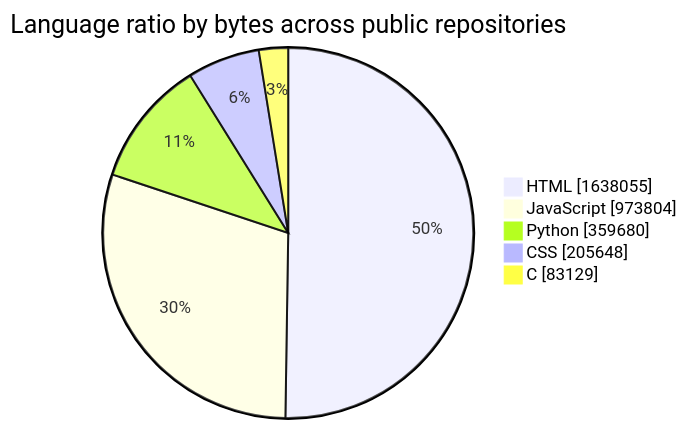
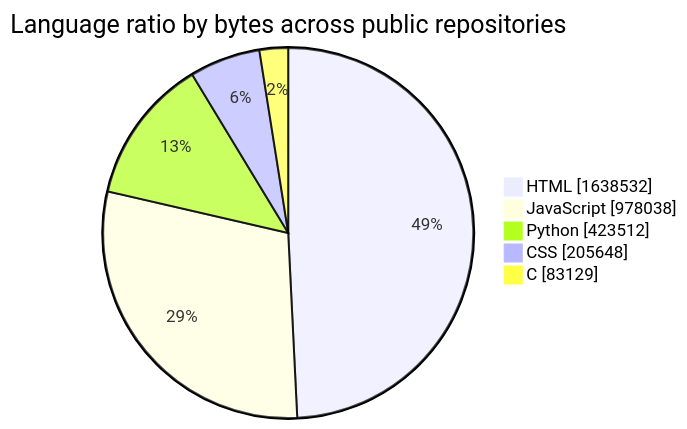
One commit to tchinso/tchinso changed the first of 2 diagrams in README.md. Above: the diagram before and after it, drawn with Mermaid. The commit also changed other lines of this file, not shown here.

````diff
--- a/README.md
+++ b/README.md
@@ -24,9 +24,9 @@
 ```mermaid
 pie showData
     title Language ratio by bytes across public repositories
-    "HTML" : 1638055
-    "JavaScript" : 973804
-    "Python" : 359680
+    "HTML" : 1638532
+    "JavaScript" : 978038
+    "Python" : 423512
     "CSS" : 205648
     "C" : 83129
 ```
````
